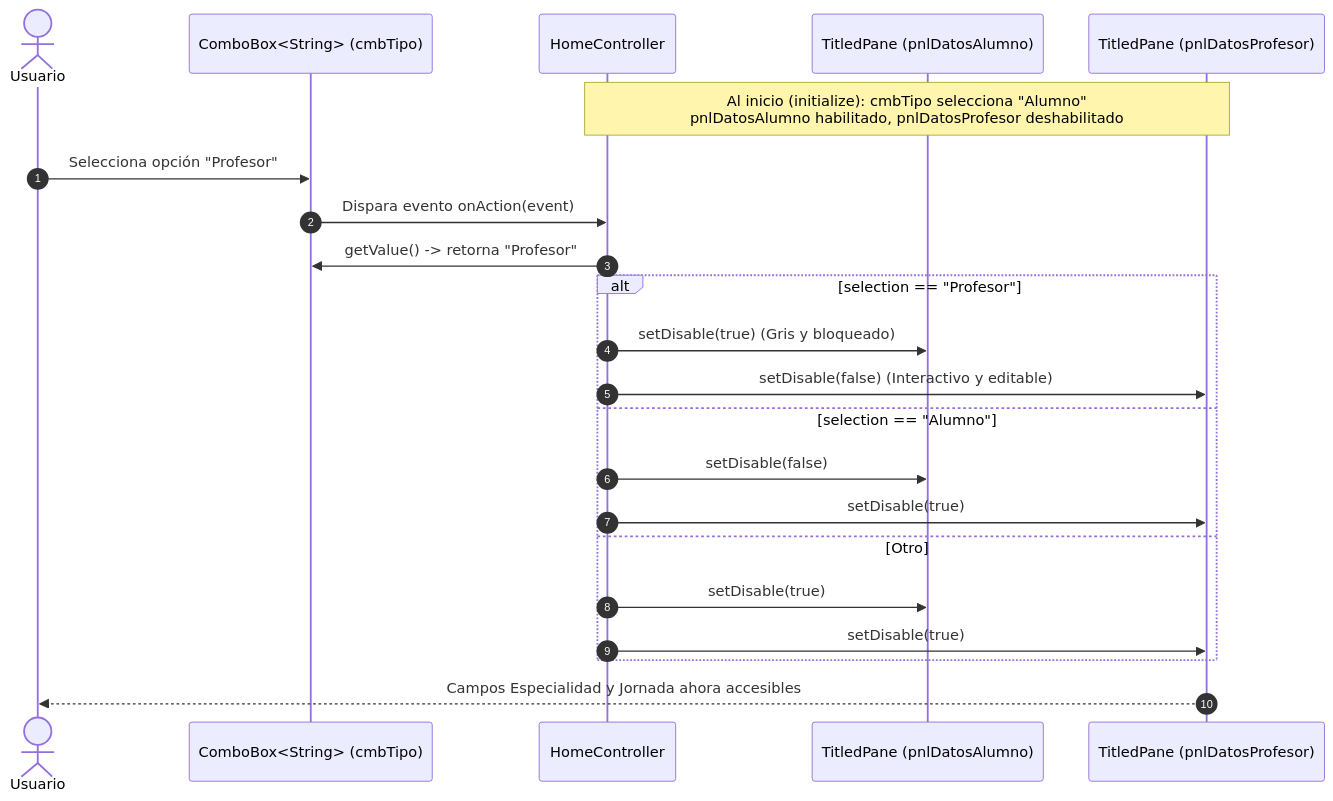
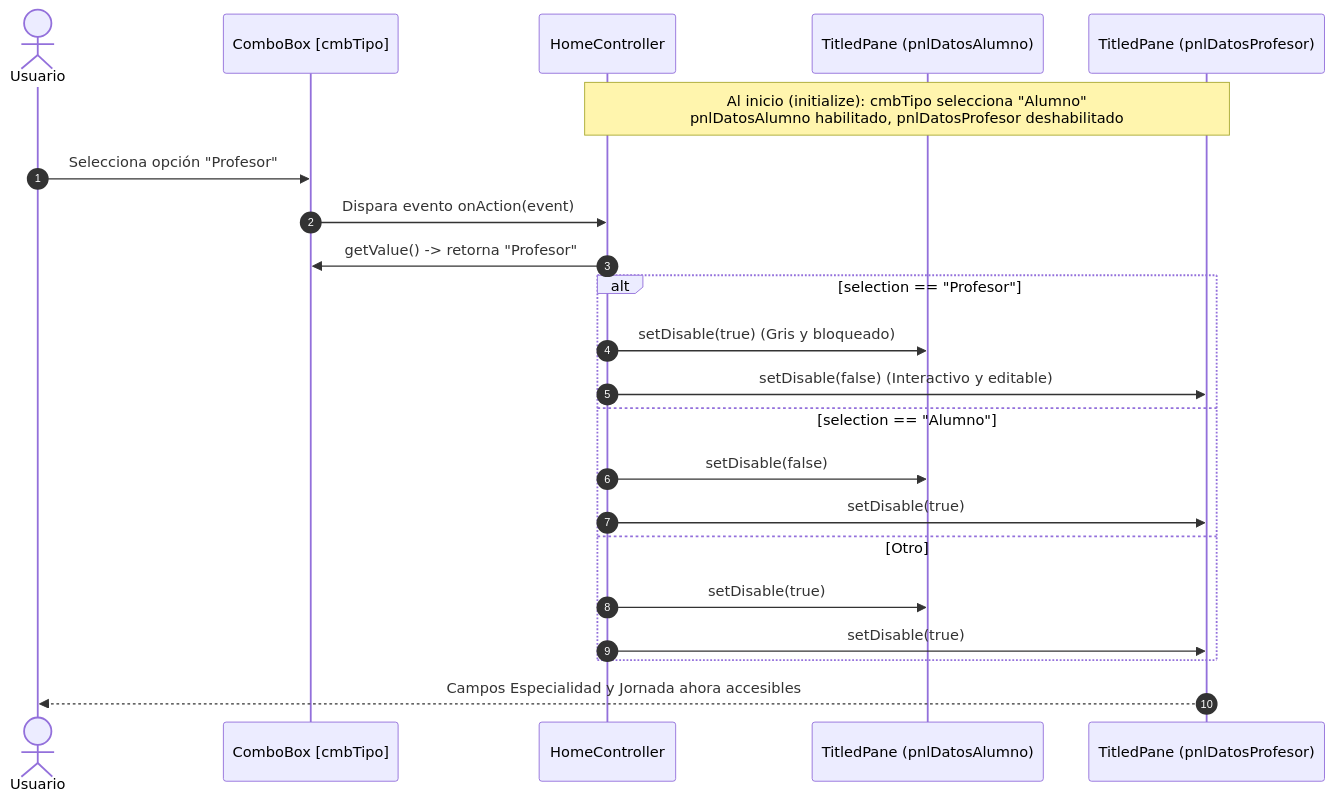
The fourth of 5 diagrams in 09/README.md (elprofecarreno/poo-javafx), drawn with Mermaid before and after one commit. The commit also changed other lines of this file and 56 other files, not shown here.

````diff
--- a/09/README.md
+++ b/09/README.md
@@ -315,28 +315,28 @@
 ```mermaid
 sequenceDiagram
     autonumber
     actor Usuario
-    participant CmbTipo as ComboBox<String> (cmbTipo)
+    participant CmbTipo as ComboBox [cmbTipo]
     participant HomeCtrl as HomeController
     participant PnlAlu as TitledPane (pnlDatosAlumno)
     participant PnlProf as TitledPane (pnlDatosProfesor)
 
     Note over HomeCtrl, PnlProf: Al inicio (initialize): cmbTipo selecciona "Alumno"<br/>pnlDatosAlumno habilitado, pnlDatosProfesor deshabilitado
 
     Usuario->>CmbTipo: Selecciona opción "Profesor"
     CmbTipo->>HomeCtrl: Dispara evento onAction(event)
     HomeCtrl->>CmbTipo: getValue() -> retorna "Profesor"
     
     alt selection == "Profesor"
         HomeCtrl->>PnlAlu: setDisable(true) (Gris y bloqueado)
         HomeCtrl->>PnlProf: setDisable(false) (Interactivo y editable)
     else selection == "Alumno"
         HomeCtrl->>PnlAlu: setDisable(false)
         HomeCtrl->>PnlProf: setDisable(true)
     else Otro
         HomeCtrl->>PnlAlu: setDisable(true)
         HomeCtrl->>PnlProf: setDisable(true)
     end
     
     PnlProf-->>Usuario: Campos Especialidad y Jornada ahora accesibles
 ```
````
